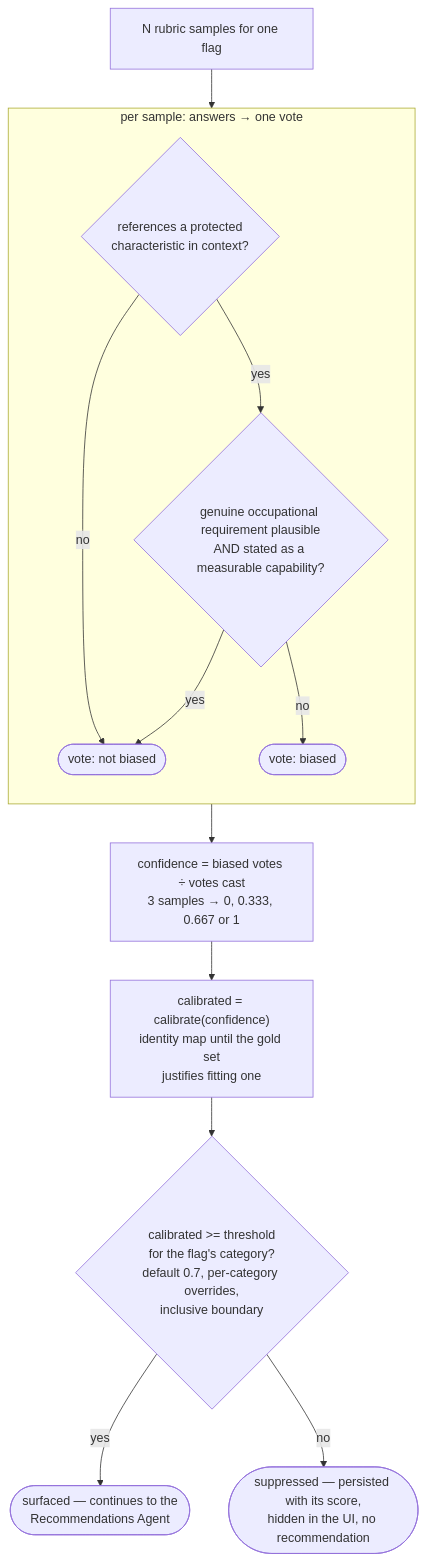
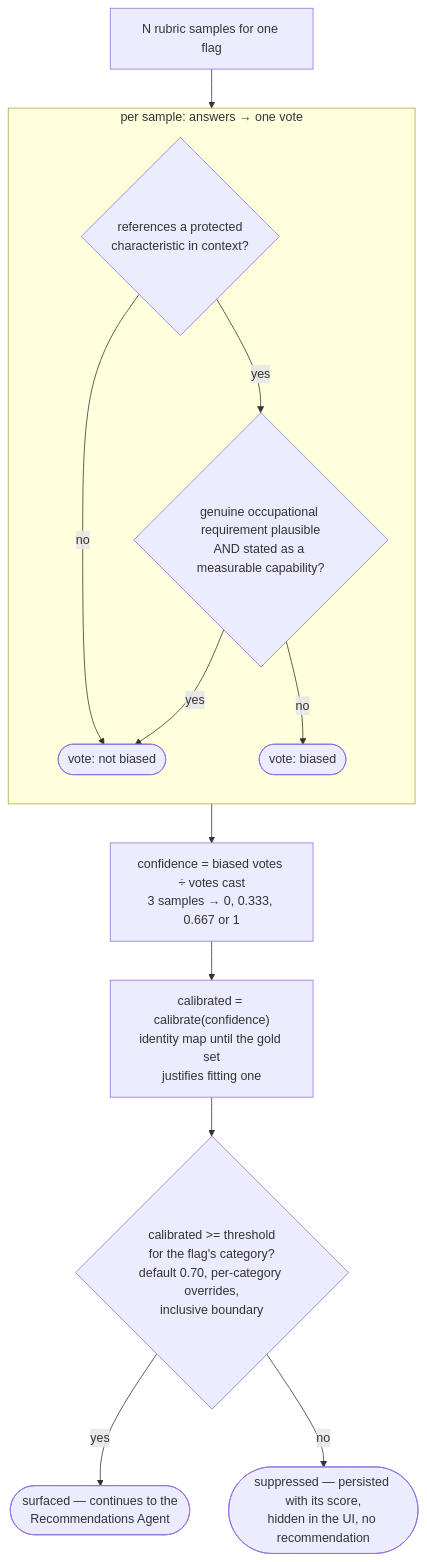
Before and after one commit to sm-daniyal/patternSpecular: the second of 2 diagrams in docs/architecture/llm-judge.md, drawn with Mermaid. The commit also changed other lines of this file, not shown here.

Commit message:
docs(architecture): document LLM-as-a-Judge consensus and calibration design

````diff
--- a/docs/architecture/llm-judge.md
+++ b/docs/architecture/llm-judge.md
@@ -64,17 +68,17 @@
 ```mermaid
 flowchart TB
     S["N rubric samples for one flag"] --> D
     subgraph D["per sample: answers → one vote"]
         direction TB
         Q1{"references a protected<br/>characteristic in context?"}
         Q1 -- no --> V0(["vote: not biased"])
         Q1 -- yes --> Q2{"genuine occupational requirement plausible<br/>AND stated as a measurable capability?"}
         Q2 -- yes --> V0
         Q2 -- no --> V1(["vote: biased"])
     end
     D --> F["confidence = biased votes ÷ votes cast<br/>3 samples → 0, 0.333, 0.667 or 1"]
     F --> C["calibrated = calibrate(confidence)<br/>identity map until the gold set<br/>justifies fitting one"]
-    C --> G{"calibrated >= threshold<br/>for the flag's category?<br/>default 0.7, per-category overrides,<br/>inclusive boundary"}
+    C --> G{"calibrated >= threshold<br/>for the flag's category?<br/>default 0.70, per-category overrides,<br/>inclusive boundary"}
     G -- yes --> OK(["surfaced — continues to the<br/>Recommendations Agent"])
     G -- no --> KO(["suppressed — persisted with its score,<br/>hidden in the UI, no recommendation"])
 ```
````
